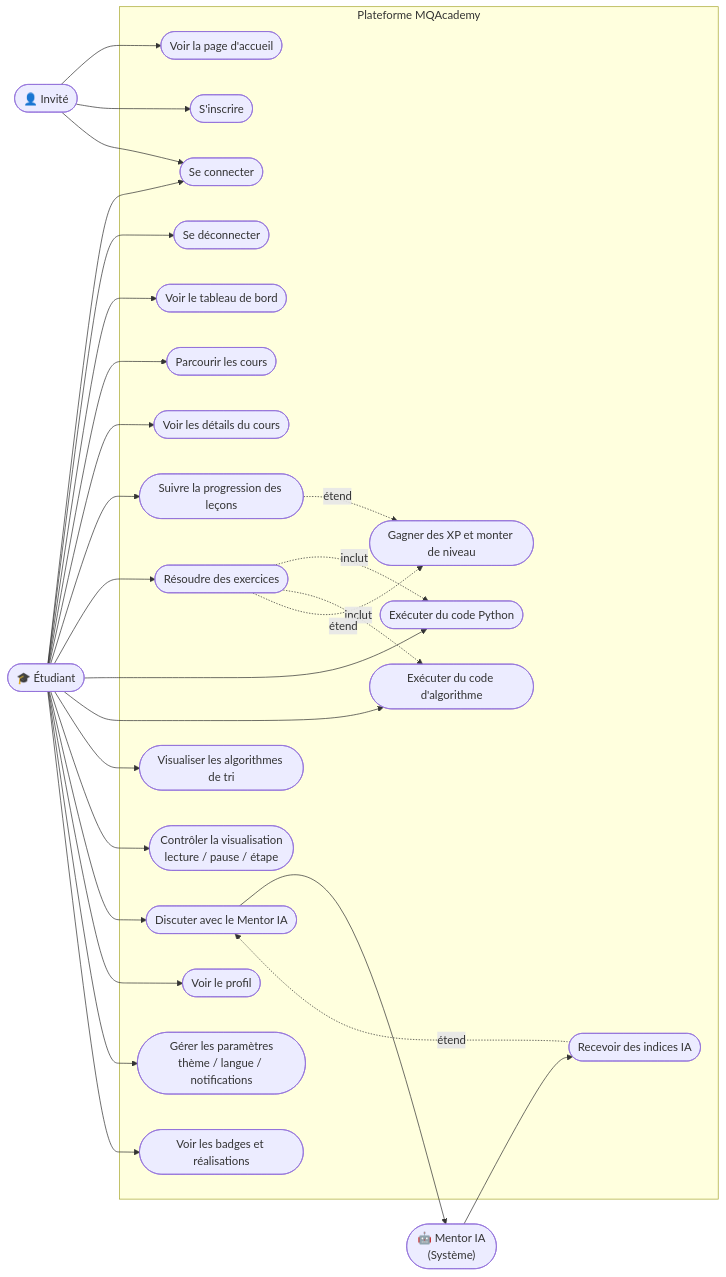
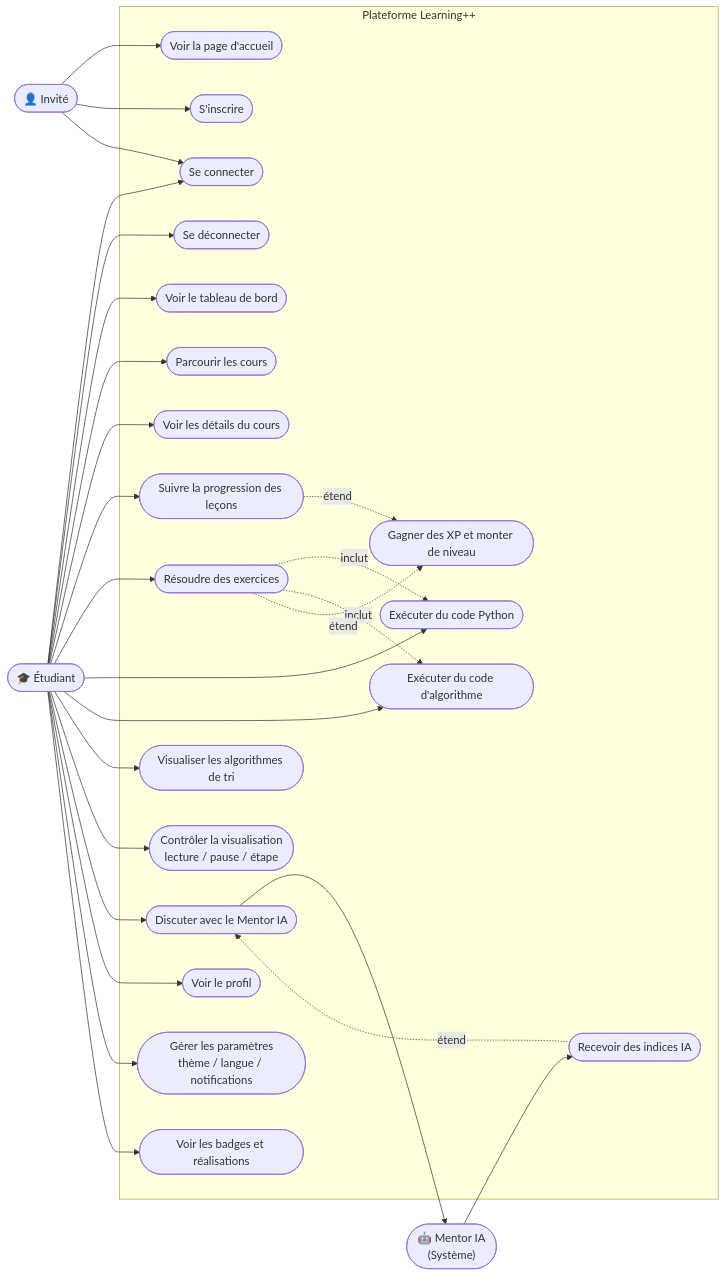
The first of 3 diagrams in DIAGRAMS.md (anwarous/t), drawn with Mermaid before and after one commit. The commit also changed other lines of this file and 546 other files, not shown here.

````diff
--- a/DIAGRAMS.md
+++ b/DIAGRAMS.md
@@ -9,58 +9,58 @@
 ```mermaid
 %%{init: {"theme": "default"}}%%
 graph LR
     Guest(["👤 Invité"])
     Student(["🎓 Étudiant"])
     AIMentor(["🤖 Mentor IA\n(Système)"])
 
-    subgraph Plateforme MQAcademy
+    subgraph Plateforme Learning++
         UC1([Voir la page d'accueil])
         UC2([S'inscrire])
         UC3([Se connecter])
         UC4([Se déconnecter])
         UC5([Voir le tableau de bord])
         UC6([Parcourir les cours])
         UC7([Voir les détails du cours])
         UC8([Suivre la progression des leçons])
         UC9([Résoudre des exercices])
         UC10([Exécuter du code Python])
         UC11([Exécuter du code d'algorithme])
         UC12([Visualiser les algorithmes de tri])
         UC13([Contrôler la visualisation\nlecture / pause / étape])
         UC14([Discuter avec le Mentor IA])
         UC15([Recevoir des indices IA])
         UC16([Voir le profil])
         UC17([Gérer les paramètres\nthème / langue / notifications])
         UC18([Voir les badges et réalisations])
         UC19([Gagner des XP et monter de niveau])
     end
 
     Guest --> UC1
     Guest --> UC2
     Guest --> UC3
 
     Student --> UC3
     Student --> UC4
     Student --> UC5
     Student --> UC6
     Student --> UC7
     Student --> UC8
     Student --> UC9
     Student --> UC10
     Student --> UC11
     Student --> UC12
     Student --> UC13
     Student --> UC14
     Student --> UC16
     Student --> UC17
     Student --> UC18
 
     UC9 -.->|inclut| UC10
     UC9 -.->|inclut| UC11
     UC9 -.->|étend| UC19
     UC8 -.->|étend| UC19
 
     UC14 --> AIMentor
     AIMentor --> UC15
     UC15 -.->|étend| UC14
 ```
````
